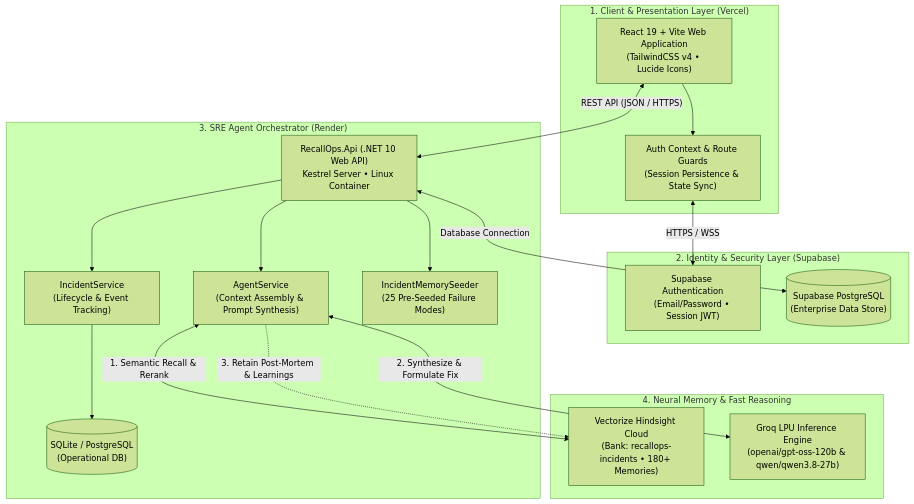
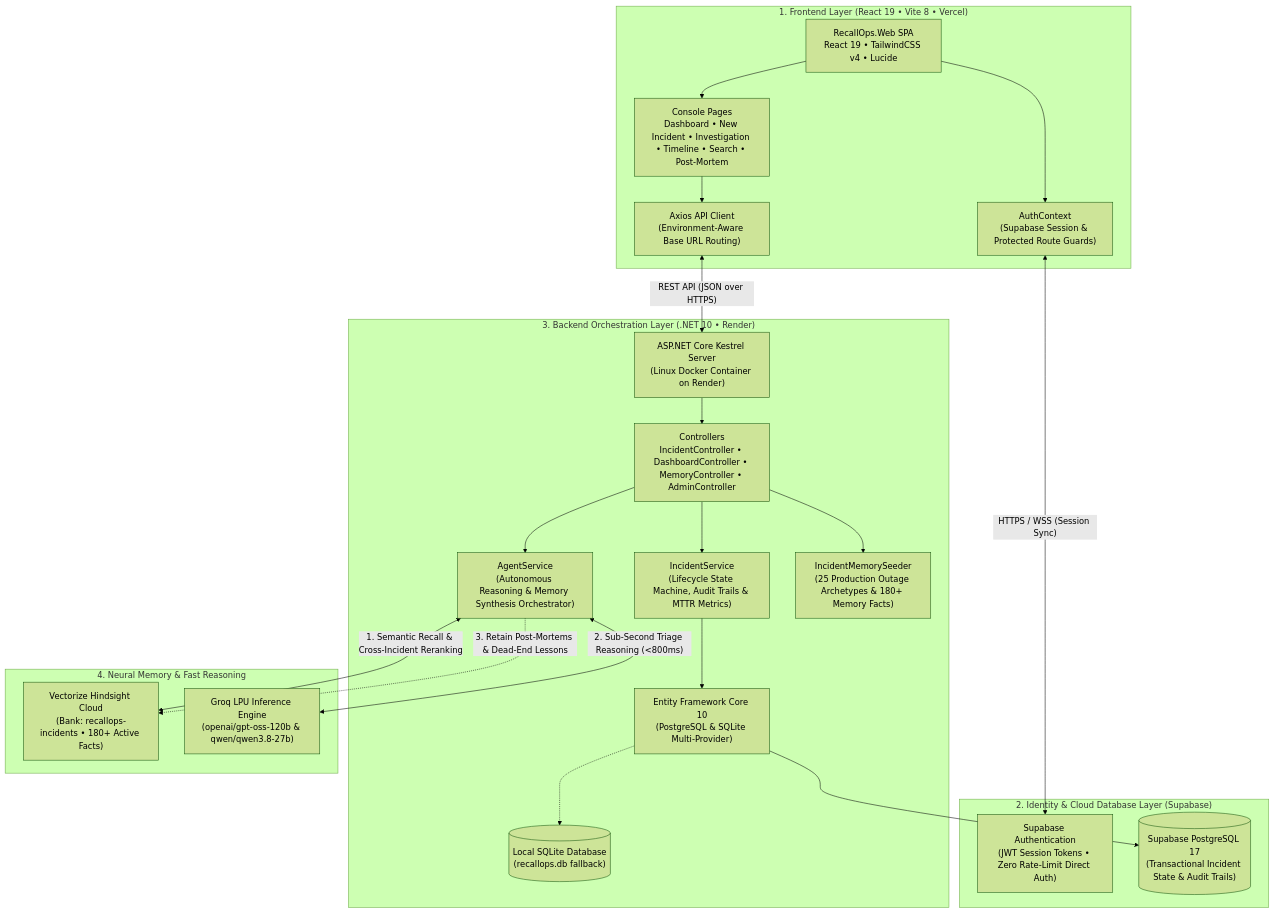
Before and after one commit to narendra14192/recallops: the first of 3 diagrams in ARCHITECTURE.md, drawn with Mermaid (forest theme). The commit also changed other lines of this file, not shown here.

Commit message:
docs: enrich architecture documentation with frontend, backend, neural memory, and deployment details

````diff
--- a/ARCHITECTURE.md
+++ b/ARCHITECTURE.md
@@ -10,39 +33,49 @@
 ```mermaid
 graph TD
-    subgraph ClientLayer ["1. Client & Presentation Layer (Vercel)"]
-        UI["React 19 + Vite Web Application<br/>(TailwindCSS v4 • Lucide Icons)"]
-        AuthContext["Auth Context & Route Guards<br/>(Session Persistence & State Sync)"]
+    subgraph ClientLayer ["1. Frontend Layer (React 19 • Vite 8 • Vercel)"]
+        UI["RecallOps.Web SPA<br/>React 19 • TailwindCSS v4 • Lucide"]
+        AuthContext["AuthContext<br/>(Supabase Session & Protected Route Guards)"]
+        ApiClient["Axios API Client<br/>(Environment-Aware Base URL Routing)"]
+        Pages["Console Pages<br/>Dashboard • New Incident • Investigation • Timeline • Search • Post-Mortem"]
+        
         UI --> AuthContext
+        UI --> Pages
+        Pages --> ApiClient
     end
 
-    subgraph AuthLayer ["2. Identity & Security Layer (Supabase)"]
-        SB_Auth["Supabase Authentication<br/>(Email/Password • Session JWT)"]
-        SB_DB[("Supabase PostgreSQL<br/>(Enterprise Data Store)")]
-        AuthContext <-->|"HTTPS / WSS"| SB_Auth
+    subgraph IdentityLayer ["2. Identity & Cloud Database Layer (Supabase)"]
+        SB_Auth["Supabase Authentication<br/>(JWT Session Tokens • Zero Rate-Limit Direct Auth)"]
+        SB_DB[("Supabase PostgreSQL 17<br/>(Transactional Incident State & Audit Trails)")]
+        
+        AuthContext <-->|"HTTPS / WSS (Session Sync)"| SB_Auth
     end
 
-    subgraph CoreBackend ["3. SRE Agent Orchestrator (Render)"]
-        API["RecallOps.Api (.NET 10 Web API)<br/>Kestrel Server • Linux Container"]
-        AgentSvc["AgentService<br/>(Context Assembly & Prompt Synthesis)"]
-        IncidentSvc["IncidentService<br/>(Lifecycle & Event Tracking)"]
-        MemSeeder["IncidentMemorySeeder<br/>(25 Pre-Seeded Failure Modes)"]
-        LocalDB[("SQLite / PostgreSQL<br/>(Operational DB)")]
+    subgraph BackendLayer ["3. Backend Orchestration Layer (.NET 10 • Render)"]
+        Kestrel["ASP.NET Core Kestrel Server<br/>(Linux Docker Container on Render)"]
+        Controllers["Controllers<br/>IncidentController • DashboardController • MemoryController • AdminController"]
+        AgentSvc["AgentService<br/>(Autonomous Reasoning & Memory Synthesis Orchestrator)"]
+        IncidentSvc["IncidentService<br/>(Lifecycle State Machine, Audit Trails & MTTR Metrics)"]
+        Seeder["IncidentMemorySeeder<br/>(25 Production Outage Archetypes & 180+ Memory Facts)"]
+        EF["Entity Framework Core 10<br/>(PostgreSQL & SQLite Multi-Provider)"]
+        LocalDB[("Local SQLite Database<br/>(recallops.db fallback)")]
 
-        API --> AgentSvc
-        API --> IncidentSvc
-        API --> MemSeeder
-        IncidentSvc --> LocalDB
+        Kestrel --> Controllers
+        Controllers --> AgentSvc
+        Controllers --> IncidentSvc
+        Controllers --> Seeder
+        IncidentSvc --> EF
+        EF --> SB_DB
+        EF -.-> LocalDB
     end
 
     subgraph IntelligenceLayer ["4. Neural Memory & Fast Reasoning"]
-        Hindsight["Vectorize Hindsight Cloud<br/>(Bank: recallops-incidents • 180+ Memories)"]
+        Hindsight["Vectorize Hindsight Cloud<br/>(Bank: recallops-incidents • 180+ Active Facts)"]
         Groq["Groq LPU Inference Engine<br/>(openai/gpt-oss-120b & qwen/qwen3.8-27b)"]
-        
-        AgentSvc <-->|"1. Semantic Recall & Rerank"| Hindsight
-        AgentSvc <-->|"2. Synthesize & Formulate Fix"| Groq
-        AgentSvc -.->|"3. Retain Post-Mortem & Learnings"| Hindsight
+
+        AgentSvc <-->|"1. Semantic Recall & Cross-Incident Reranking"| Hindsight
+        AgentSvc <-->|"2. Sub-Second Triage Reasoning (<800ms)"| Groq
+        AgentSvc -.->|"3. Retain Post-Mortems & Dead-End Lessons"| Hindsight
     end
 
-    UI <-->|"REST API (JSON / HTTPS)"| API
-    API <-->|"Database Connection"| SB_DB
+    ApiClient <-->|"REST API (JSON over HTTPS)"| Kestrel
 ```
````
